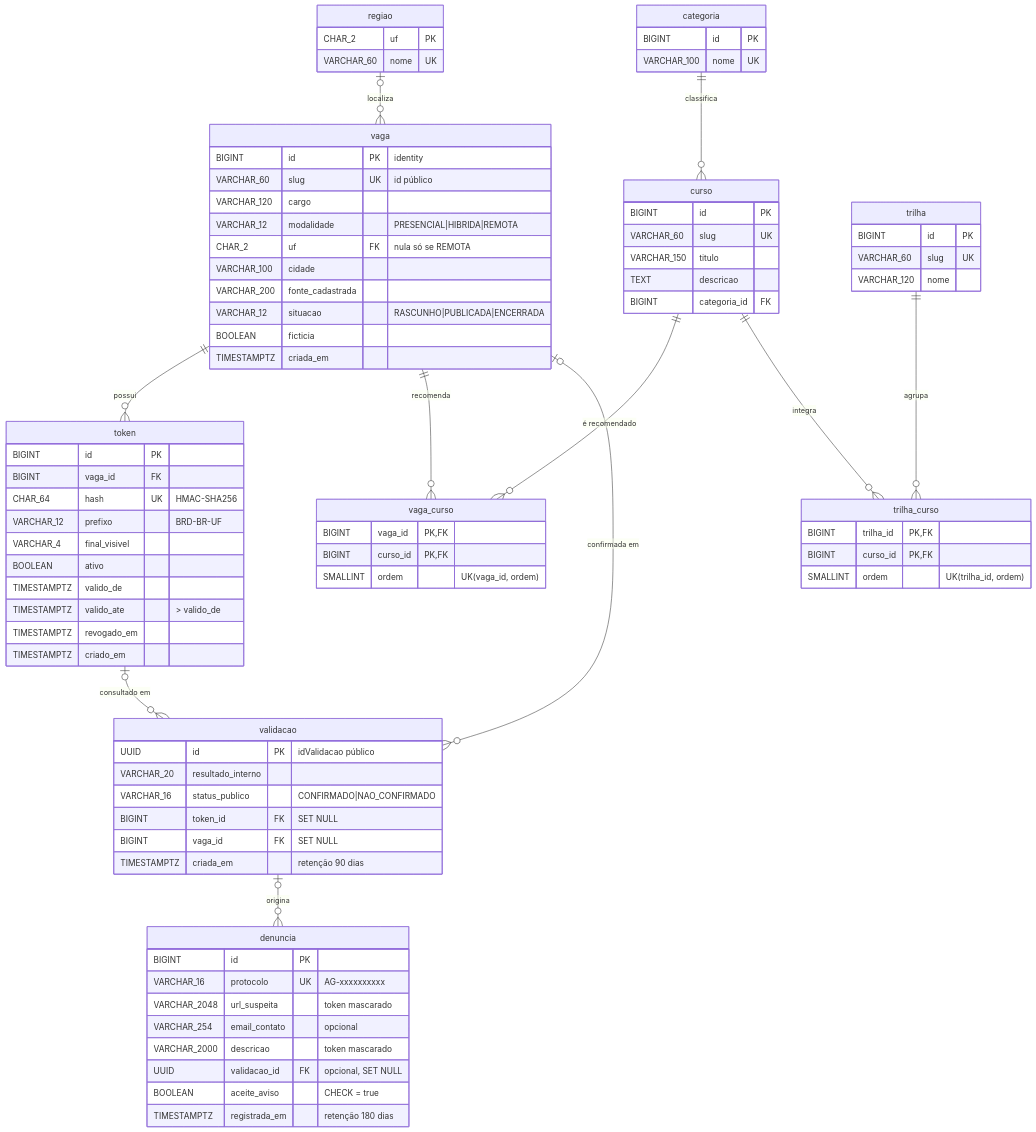
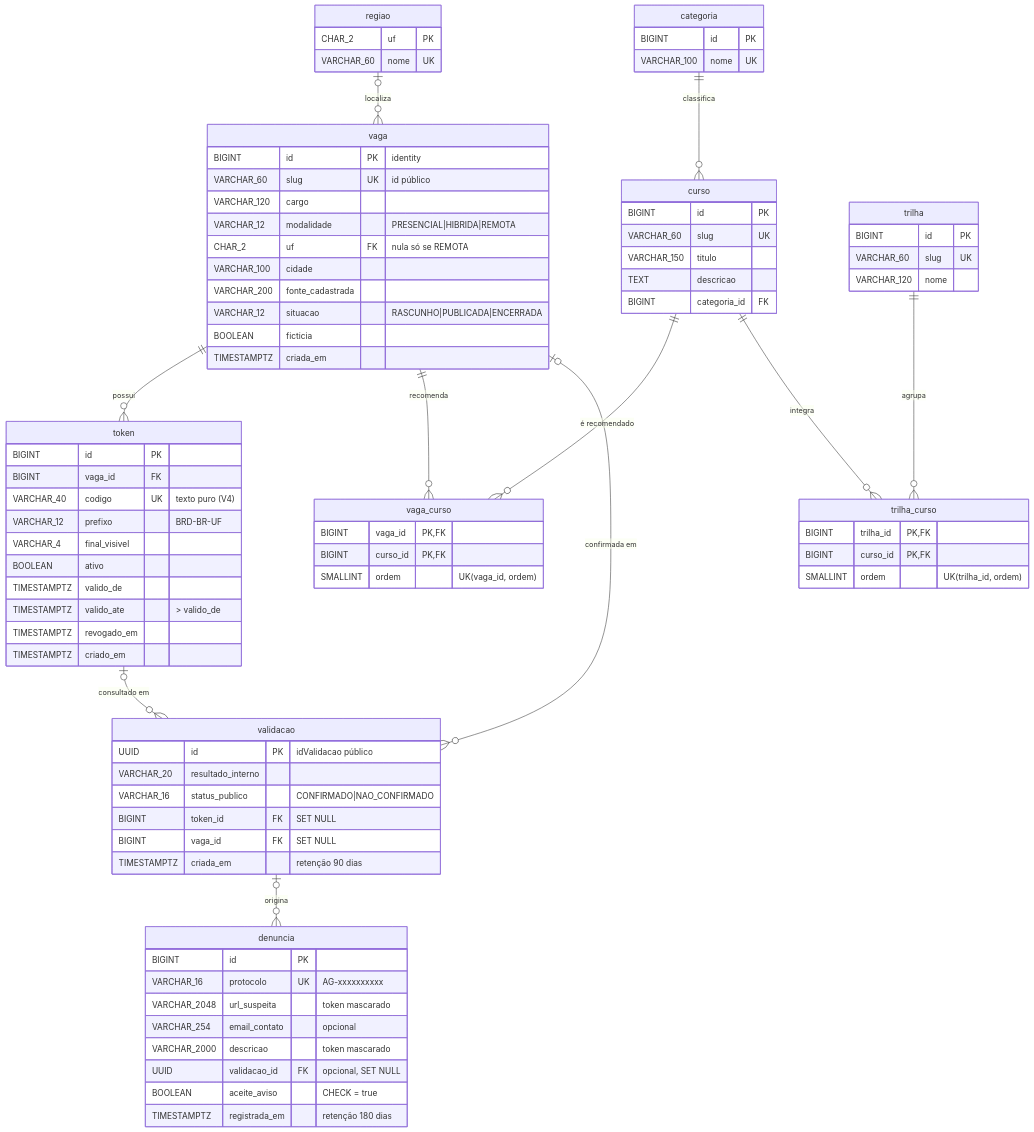
Before and after one commit to Rafael17Wenzel/Antigolpe: the diagram in docs/der.md, drawn with Mermaid. The commit also changed other lines of this file and 63 other files, not shown here.

```diff
--- a/docs/der.md
+++ b/docs/der.md
@@ -41,7 +41,7 @@
   token {
     BIGINT id PK
     BIGINT vaga_id FK
-    CHAR_64 hash UK "HMAC-SHA256"
+    VARCHAR_40 codigo UK "texto puro (V4)"
     VARCHAR_12 prefixo "BRD-BR-UF"
     VARCHAR_4 final_visivel
     BOOLEAN ativo
```
